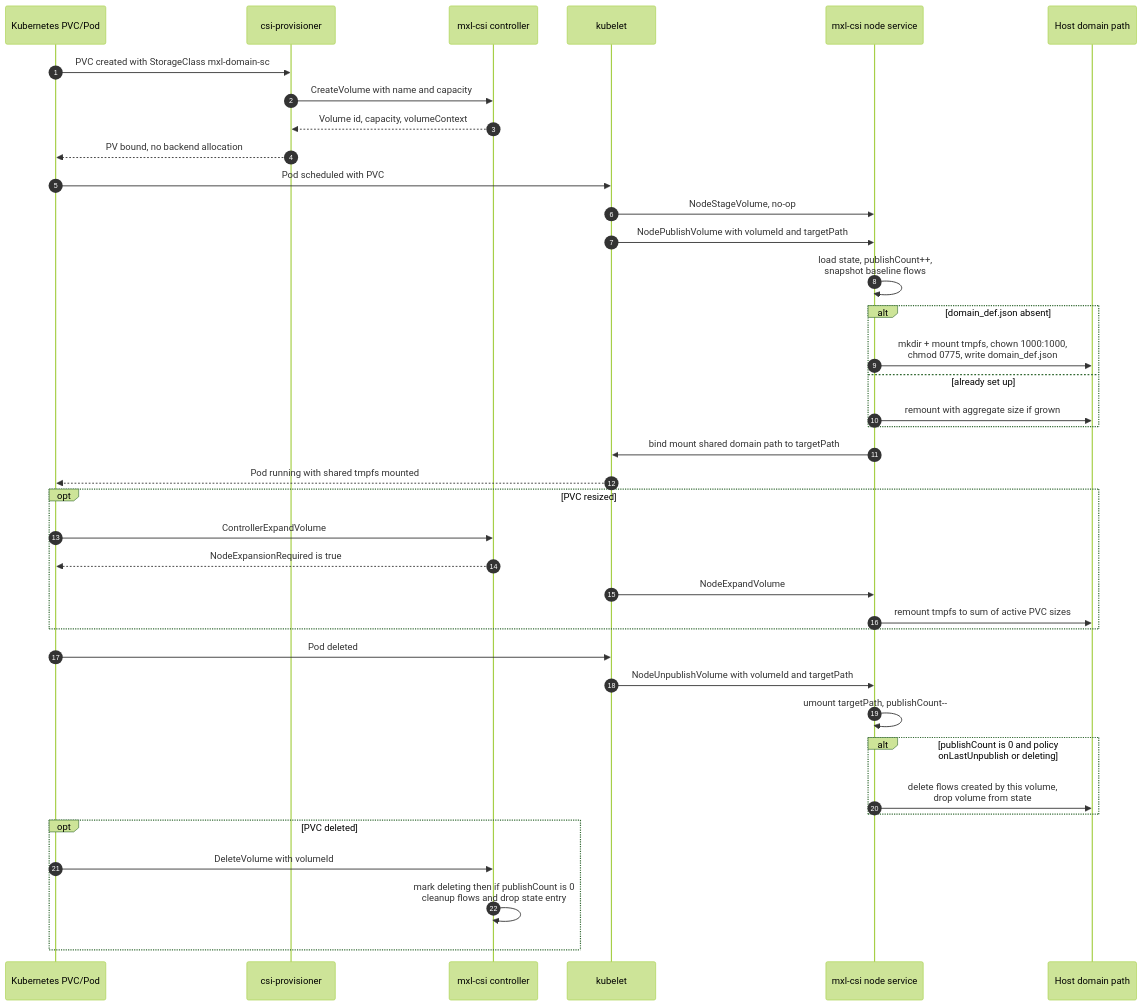
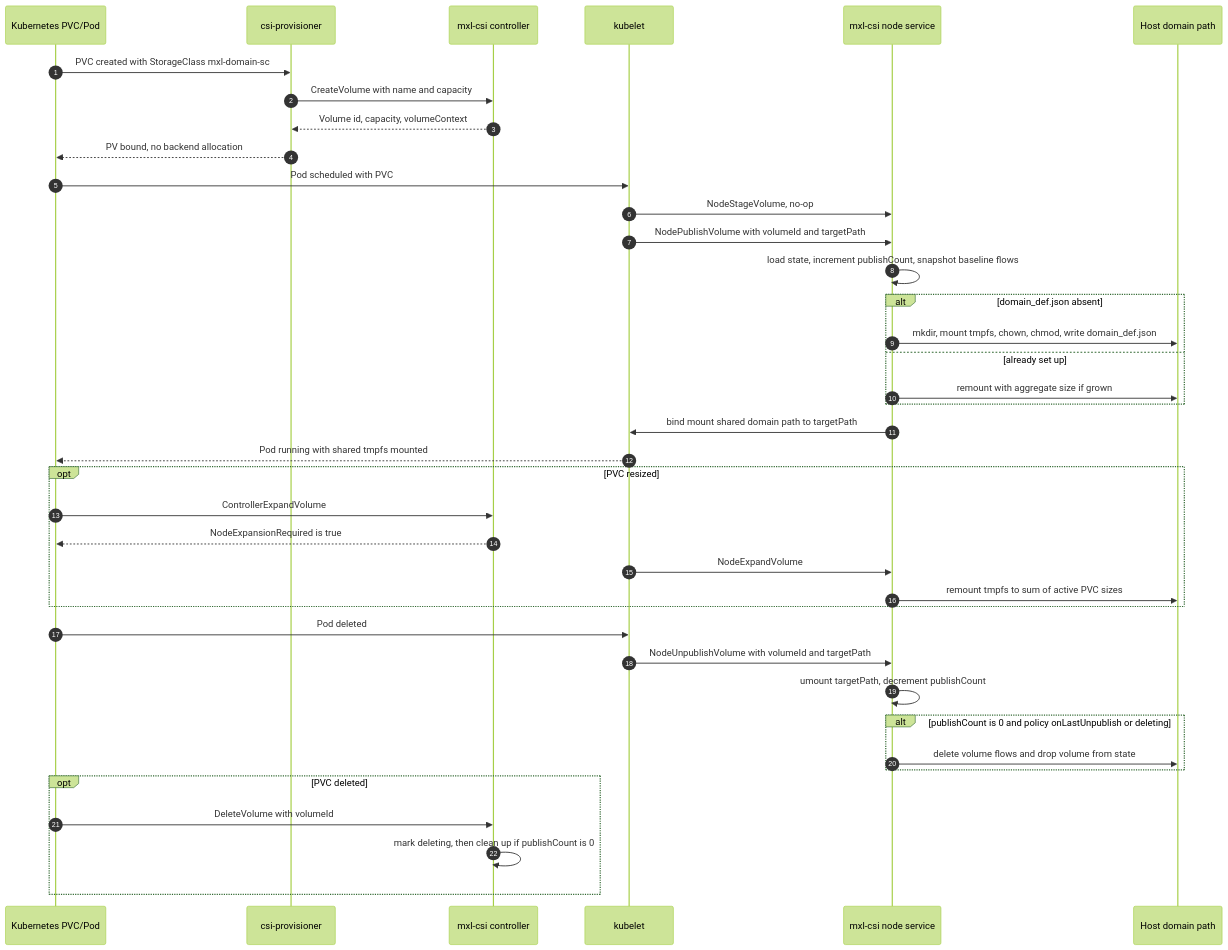
Before and after one commit to cbcrc/mxl-csi: the second of 2 diagrams in README.md, drawn with Mermaid (forest theme). The commit also changed other lines of this file, not shown here.

````diff
--- a/README.md
+++ b/README.md
@@ -73,46 +73,46 @@
 ```mermaid
 sequenceDiagram
     autonumber
     participant K8s as Kubernetes PVC/Pod
     participant Prov as csi-provisioner
     participant Ctrl as mxl-csi controller
     participant Kubelet as kubelet
     participant Node as mxl-csi node service
     participant Host as Host domain path
 
     K8s->>Prov: PVC created with StorageClass mxl-domain-sc
     Prov->>Ctrl: CreateVolume with name and capacity
     Ctrl-->>Prov: Volume id, capacity, volumeContext
     Prov-->>K8s: PV bound, no backend allocation
 
     K8s->>Kubelet: Pod scheduled with PVC
     Kubelet->>Node: NodeStageVolume, no-op
     Kubelet->>Node: NodePublishVolume with volumeId and targetPath
-    Node->>Node: load state, publishCount++,<br/>snapshot baseline flows
+    Node->>Node: load state, increment publishCount, snapshot baseline flows
     alt domain_def.json absent
-        Node->>Host: mkdir + mount tmpfs, chown 1000:1000,<br/>chmod 0775, write domain_def.json
+        Node->>Host: mkdir, mount tmpfs, chown, chmod, write domain_def.json
     else already set up
         Node->>Host: remount with aggregate size if grown
     end
     Node->>Kubelet: bind mount shared domain path to targetPath
     Kubelet-->>K8s: Pod running with shared tmpfs mounted
 
     opt PVC resized
         K8s->>Ctrl: ControllerExpandVolume
         Ctrl-->>K8s: NodeExpansionRequired is true
         Kubelet->>Node: NodeExpandVolume
         Node->>Host: remount tmpfs to sum of active PVC sizes
     end
 
     K8s->>Kubelet: Pod deleted
     Kubelet->>Node: NodeUnpublishVolume with volumeId and targetPath
-    Node->>Node: umount targetPath, publishCount--
+    Node->>Node: umount targetPath, decrement publishCount
     alt publishCount is 0 and policy onLastUnpublish or deleting
-        Node->>Host: delete flows created by this volume,<br/>drop volume from state
+        Node->>Host: delete volume flows and drop volume from state
     end
 
     opt PVC deleted
         K8s->>Ctrl: DeleteVolume with volumeId
-        Ctrl->>Ctrl: mark deleting then if publishCount is 0<br/>cleanup flows and drop state entry
+        Ctrl->>Ctrl: mark deleting, then clean up if publishCount is 0
     end
 ```
````
